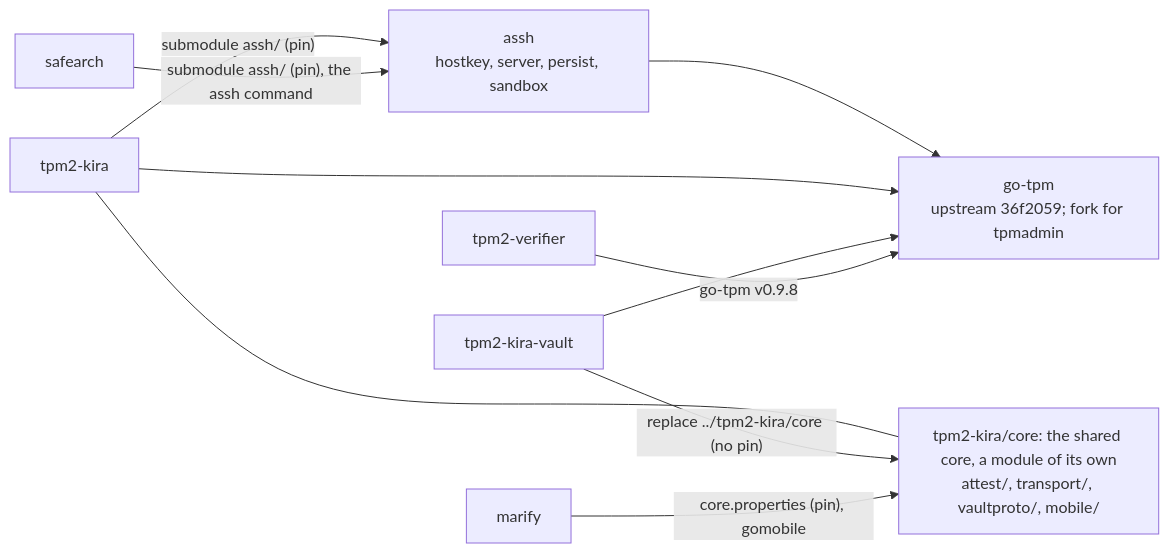
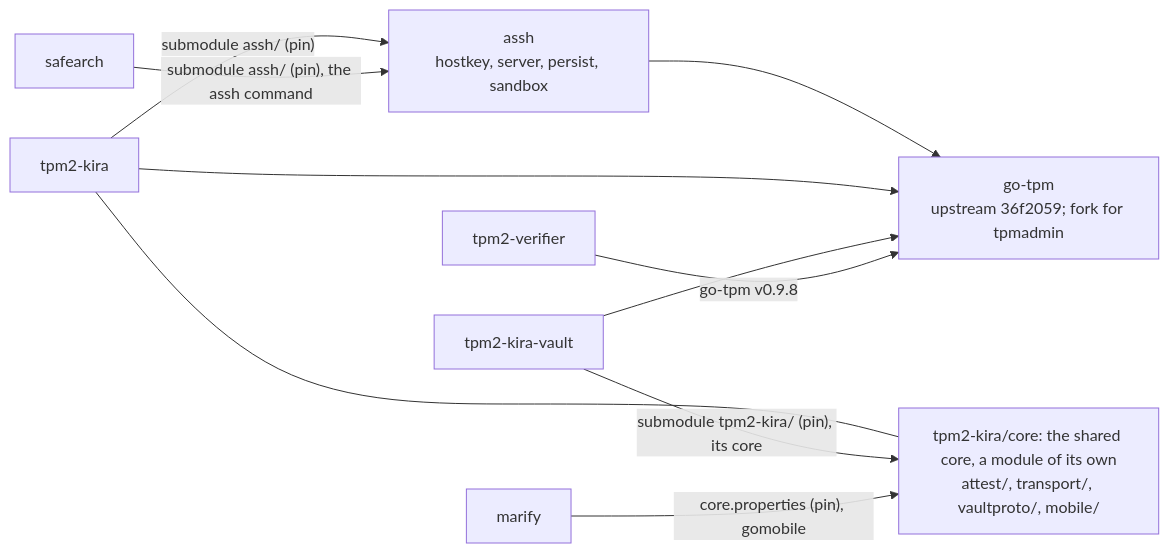
Before and after one commit to tpm2-trust/tpm2-trust: the diagram in AGENTS.md, drawn with Mermaid. The commit also changed other lines of this file and 3 other files, not shown here.

Commit message:
pin: the vault's submodule; go.work: one core for all; AGENTS, PLAN: step 2

````diff
--- a/AGENTS.md
+++ b/AGENTS.md
@@ -106,18 +106,18 @@
 ```mermaid
 flowchart LR
   ASSH["assh<br/>hostkey, server, persist, sandbox"]
   KIRA["tpm2-kira"]
   CORE["tpm2-kira/core: the shared core, a module of its own<br/>attest/, transport/, vaultproto/, mobile/"]
   VAULT["tpm2-kira-vault"]
   MARIFY["marify"]
   SAFE["safearch"]
   VER["tpm2-verifier"]
   GOTPM["go-tpm<br/>upstream 36f2059; fork for tpmadmin"]
   KIRA -->|"submodule assh/ (pin)"| ASSH
   SAFE -->|"submodule assh/ (pin), the assh command"| ASSH
   KIRA --- CORE
-  VAULT -->|"replace ../tpm2-kira/core (no pin)"| CORE
+  VAULT -->|"submodule tpm2-kira/ (pin), its core"| CORE
   MARIFY -->|"core.properties (pin), gomobile"| CORE
   ASSH & KIRA & VAULT --> GOTPM
   VER -->|"go-tpm v0.9.8"| GOTPM
 ```
````
